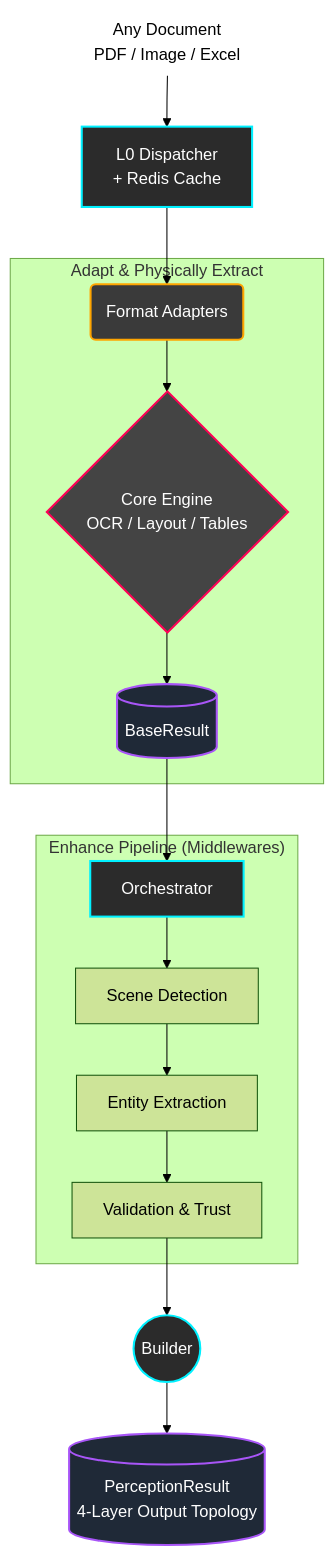
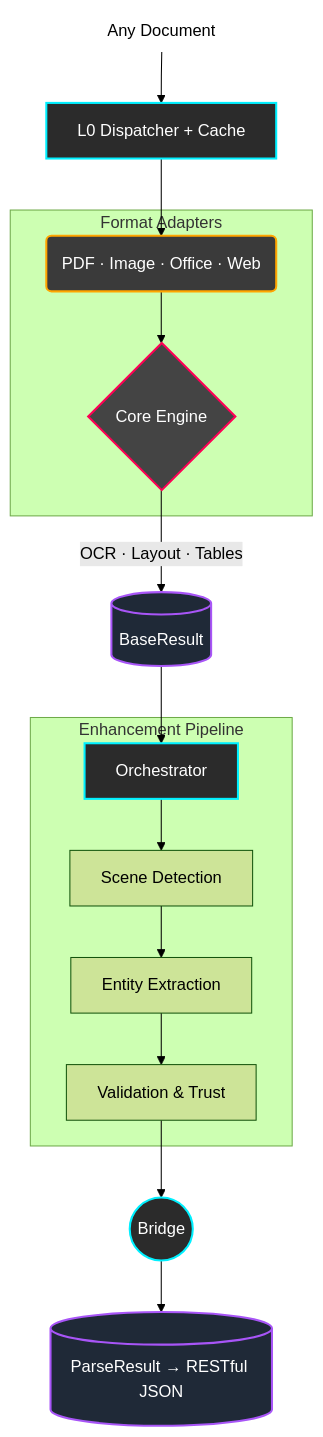
Before and after one commit to valuemapglobal/DocMirror: the diagram in README.md, drawn with Mermaid (forest theme). The commit also changed other lines of this file, not shown here.

First line of the commit message:
docs: complete README rewrite — MinerU-inspired professional layout

````diff
--- a/README.md
+++ b/README.md
@@ -67,29 +120,29 @@
 ```mermaid
 graph TD
     classDef orchestrator fill:#2b2b2b,stroke:#00f0ff,stroke-width:2px,color:#fff
     classDef adapter fill:#3a3a3a,stroke:#ffa500,stroke-width:2px,color:#fff
     classDef core fill:#444,stroke:#ff0055,stroke-width:2px,color:#fff
     classDef data fill:#1f2937,stroke:#a855f7,stroke-width:2px,color:#fff
     classDef none fill:none,stroke:none
 
-    FILE[[Any Document\nPDF / Image / Excel]]:::none --> DISPATCH
-    
-    DISPATCH[L0 Dispatcher \n + Redis Cache]:::orchestrator --> ADAPTERS
-    
-    subgraph "Adapt & Physically Extract"
-        ADAPTERS(Format Adapters):::adapter --> CORE{Core Engine \n OCR / Layout / Tables}:::core
-        CORE --> BASERESULT[(BaseResult)]:::data
+    FILE[[Any Document]]:::none --> DISPATCH
+
+    DISPATCH["L0 Dispatcher + Cache"]:::orchestrator --> ADAPTERS
+
+    subgraph "Format Adapters"
+        ADAPTERS("PDF · Image · Office · Web"):::adapter --> CORE{"Core Engine"}:::core
     end
-    
+
+    CORE --> |"OCR · Layout · Tables"| BASERESULT[(BaseResult)]:::data
+
     BASERESULT --> ORCHESTRATOR
-    
-    subgraph "Enhance Pipeline (Middlewares)"
-        ORCHESTRATOR[Orchestrator]:::orchestrator --> SCENE[Scene Detection]
-        SCENE --> ENTITY[Entity Extraction]
-        ENTITY --> VALIDATE[Validation & Trust]
+
+    subgraph "Enhancement Pipeline"
+        ORCHESTRATOR["Orchestrator"]:::orchestrator --> MW1["Scene Detection"]
+        MW1 --> MW2["Entity Extraction"]
+        MW2 --> MW3["Validation & Trust"]
     end
-    
-    VALIDATE --> BUILDER((Builder)):::orchestrator
-    
-    BUILDER --> PR[(PerceptionResult \n 4-Layer Output Topology)]:::data
+
+    MW3 --> BRIDGE(("Bridge")):::orchestrator
+    BRIDGE --> PR[("ParseResult → RESTful JSON")]:::data
 ```
````
